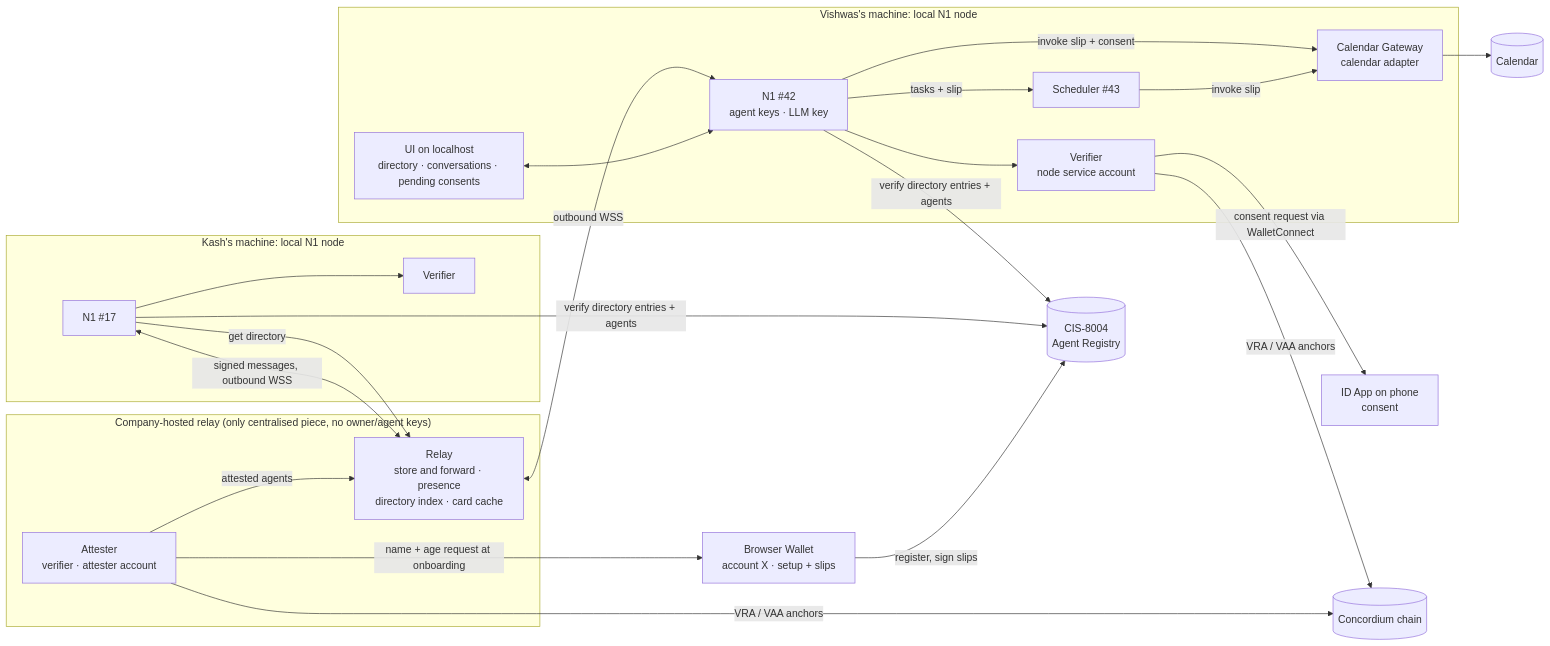
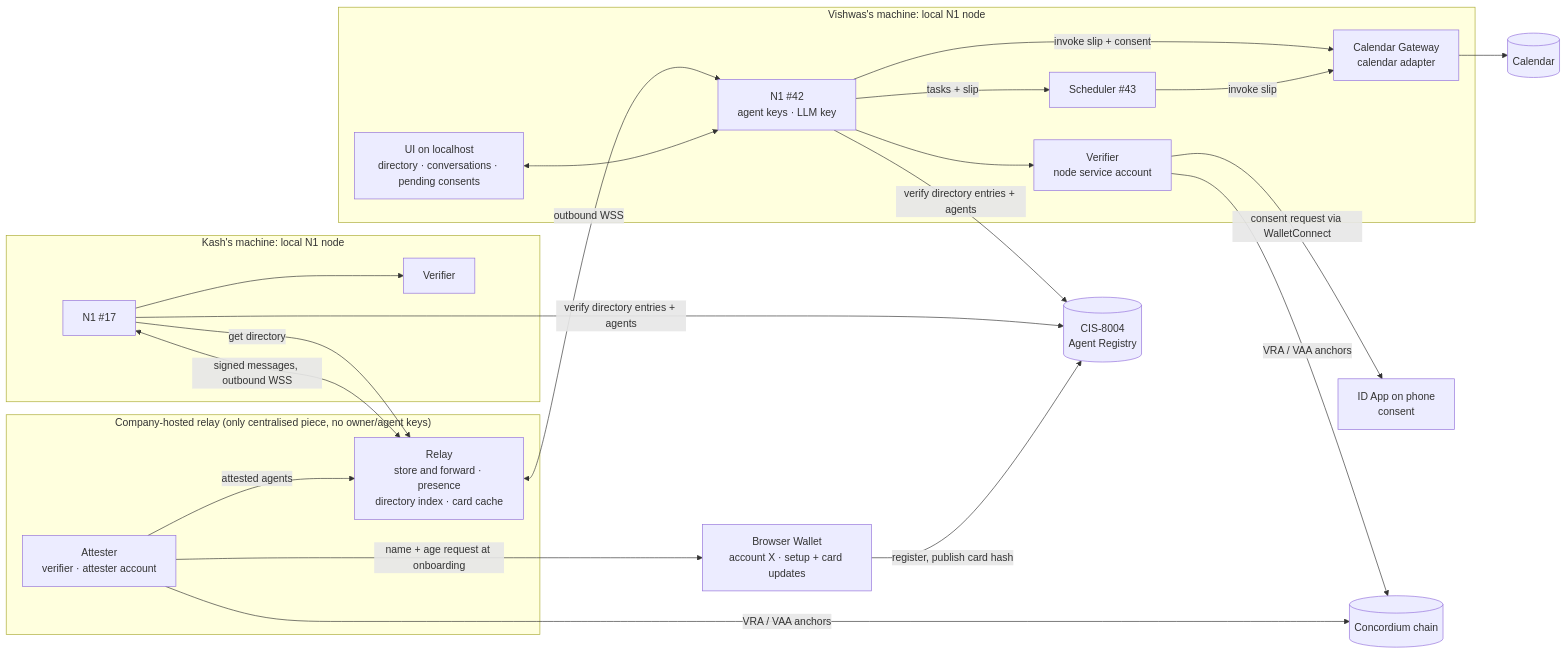
Before and after one commit to Vishwas1/number1-agent: the first of 2 diagrams in technical-solution.md, drawn with Mermaid. The commit also changed other lines of this file and 2 other files, not shown here.

````diff
--- a/technical-solution.md
+++ b/technical-solution.md
@@ -27,38 +27,38 @@
 ```mermaid
 flowchart LR
     subgraph VNode["Vishwas's machine: local N1 node"]
       UI[UI on localhost<br/>directory · conversations · pending consents]
       N1[N1 #42<br/>agent keys · LLM key]
       CR[Scheduler #43]
       GW[Calendar Gateway<br/>calendar adapter]
       VER[Verifier<br/>node service account]
     end
     subgraph KNode["Kash's machine: local N1 node"]
       N1K[N1 #17]
       VERK[Verifier]
     end
     subgraph Backend["Company-hosted relay (only centralised piece, no owner/agent keys)"]
       REL[Relay<br/>store and forward · presence<br/>directory index · card cache]
       ATT[Attester<br/>verifier · attester account]
     end
-    BW[Browser Wallet<br/>account X · setup + slips]
+    BW[Browser Wallet<br/>account X · setup + card updates]
     IDA[ID App on phone<br/>consent]
     REG[(CIS-8004<br/>Agent Registry)]
     UI <--> N1
     N1K <-->|signed messages, outbound WSS| REL
     REL <-->|outbound WSS| N1
     N1 -->|tasks + slip| CR
     CR -->|invoke slip| GW
     N1 -->|invoke slip + consent| GW
     GW --> GC[(Calendar)]
-    BW -->|register, sign slips| REG
+    BW -->|register, publish card hash| REG
     N1 & N1K -->|verify directory entries + agents| REG
     N1K -->|get directory| REL
     ATT -->|name + age request at onboarding| BW
     ATT -->|VRA / VAA anchors| CH[(Concordium chain)]
     ATT -->|attested agents| REL
     N1 --> VER
     VER -->|consent request via WalletConnect| IDA
     VER -->|VRA / VAA anchors| CH
     N1K --> VERK
 ```
````
